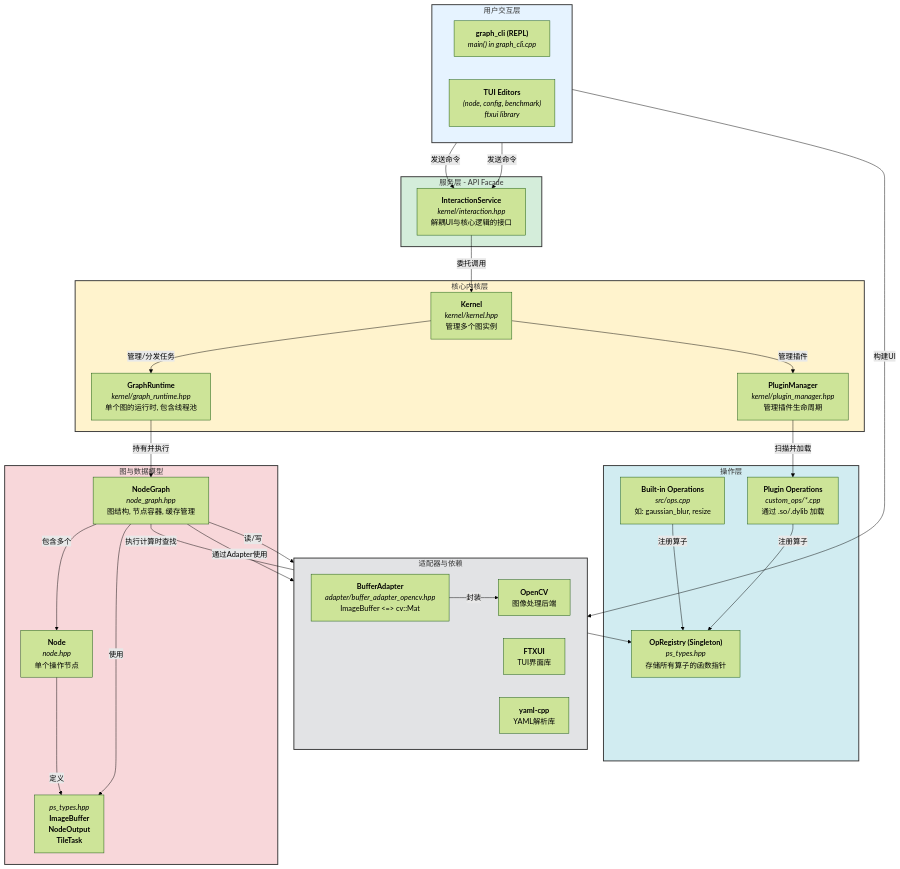
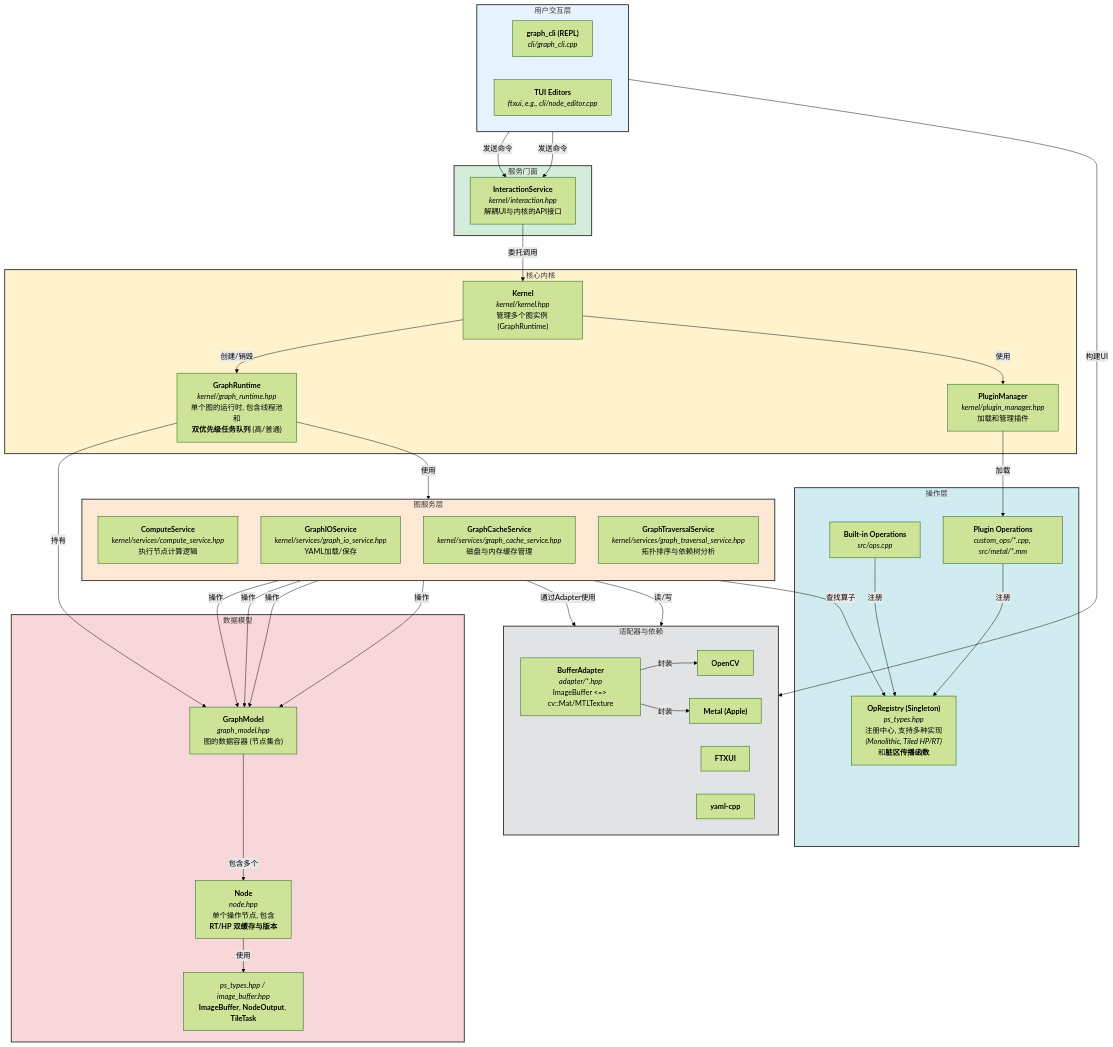
Before and after one commit to kevin-zf1123/photospider: the diagram in util/99-filed/architecture.md, drawn with Mermaid (forest theme).

Commit message:
chore: architecture update

````diff
--- a/util/99-filed/architecture.md
+++ b/util/99-filed/architecture.md
@@ -2,38 +2,47 @@
 graph TD
     subgraph UserInterface [用户交互层]
         direction LR
-        CLI["<b>graph_cli (REPL)</b><br><i>main() in graph_cli.cpp</i>"]
-        TUI["<b>TUI Editors</b><br><i>(node, config, benchmark)<br>ftxui library</i>"]
+        CLI["<b>graph_cli (REPL)</b><br><i>cli/graph_cli.cpp</i>"]
+        TUI["<b>TUI Editors</b><br><i>ftxui, e.g., cli/node_editor.cpp</i>"]
     end
 
-    subgraph ServiceLayer [服务层 - API Facade]
-        InteractionService["<b>InteractionService</b><br><i>kernel/interaction.hpp</i><br>解耦UI与核心逻辑的接口"]
+    subgraph ServiceFacade [服务门面]
+        InteractionService["<b>InteractionService</b><br><i>kernel/interaction.hpp</i><br>解耦UI与内核的API接口"]
     end
 
-    subgraph CoreKernel [核心内核层]
-        Kernel["<b>Kernel</b><br><i>kernel/kernel.hpp</i><br>管理多个图实例"]
-        GraphRuntime["<b>GraphRuntime</b><br><i>kernel/graph_runtime.hpp</i><br>单个图的运行时, 包含线程池"]
-        PluginManager["<b>PluginManager</b><br><i>kernel/plugin_manager.hpp</i><br>管理插件生命周期"]
+    subgraph CoreKernel [核心内核]
+        Kernel["<b>Kernel</b><br><i>kernel/kernel.hpp</i><br>管理多个图实例 (GraphRuntime)"]
+        PluginManager["<b>PluginManager</b><br><i>kernel/plugin_manager.hpp</i><br>加载和管理插件"]
+        GraphRuntime["<b>GraphRuntime</b><br><i>kernel/graph_runtime.hpp</i><br>单个图的运行时, 包含线程池和<br><b>双优先级任务队列</b> (高/普通)"]
     end
 
-    subgraph GraphDataModel [图与数据模型]
-        NodeGraph["<b>NodeGraph</b><br><i>node_graph.hpp</i><br>图结构, 节点容器, 缓存管理"]
-        Node["<b>Node</b><br><i>node.hpp</i><br>单个操作节点"]
-        DataStructs["<i>ps_types.hpp</i><br><b>ImageBuffer</b><br><b>NodeOutput</b><br><b>TileTask</b>"]
+    subgraph GraphServices [图服务层]
+        direction TB
+        ComputeService["<b>ComputeService</b><br><i>kernel/services/compute_service.hpp</i><br>执行节点计算逻辑"]
+        GraphIOService["<b>GraphIOService</b><br><i>kernel/services/graph_io_service.hpp</i><br>YAML加载/保存"]
+        GraphCacheService["<b>GraphCacheService</b><br><i>kernel/services/graph_cache_service.hpp</i><br>磁盘与内存缓存管理"]
+        GraphTraversalService["<b>GraphTraversalService</b><br><i>kernel/services/graph_traversal_service.hpp</i><br>拓扑排序与依赖树分析"]
+    end
+
+    subgraph DataModel [数据模型]
+        GraphModel["<b>GraphModel</b><br><i>graph_model.hpp</i><br>图的数据容器 (节点集合)"]
+        Node["<b>Node</b><br><i>node.hpp</i><br>单个操作节点, 包含<br><b>RT/HP 双缓存与版本</b>"]
+        DataStructs["<i>ps_types.hpp / image_buffer.hpp</i><br><b>ImageBuffer</b>, <b>NodeOutput</b>, <b>TileTask</b>"]
     end
     
     subgraph Operations [操作层]
-        OpRegistry["<b>OpRegistry (Singleton)</b><br><i>ps_types.hpp</i><br>存储所有算子的函数指针"]
-        BuiltinOps["<b>Built-in Operations</b><br><i>src/ops.cpp</i><br>如: gaussian_blur, resize"]
-        PluginOps["<b>Plugin Operations</b><br><i>custom_ops/*.cpp</i><br>通过 .so/.dylib 加载"]
+        OpRegistry["<b>OpRegistry (Singleton)</b><br><i>ps_types.hpp</i><br>注册中心, 支持多种实现<br><i>(Monolithic, Tiled HP/RT)</i><br>和<b>脏区传播函数</b>"]
+        BuiltinOps["<b>Built-in Operations</b><br><i>src/ops.cpp</i>"]
+        PluginOps["<b>Plugin Operations</b><br><i>custom_ops/*.cpp, src/metal/*.mm</i>"]
     end
 
     subgraph AdaptersAndDependencies [适配器与依赖]
         direction LR
-        OpenCV["<b>OpenCV</b><br>图像处理后端"]
-        FTXUI["<b>FTXUI</b><br>TUI界面库"]
-        YAMLCPP["<b>yaml-cpp</b><br>YAML解析库"]
-        BufferAdapter["<b>BufferAdapter</b><br><i>adapter/buffer_adapter_opencv.hpp</i><br>ImageBuffer <=> cv::Mat"]
+        OpenCV["<b>OpenCV</b>"]
+        Metal["<b>Metal (Apple)</b>"]
+        FTXUI["<b>FTXUI</b>"]
+        YAMLCPP["<b>yaml-cpp</b>"]
+        BufferAdapter["<b>BufferAdapter</b><br><i>adapter/*.hpp</i><br>ImageBuffer <=> cv::Mat/MTLTexture"]
     end
 
     %% 连接关系
@@ -42,34 +51,40 @@
     
     InteractionService -- "委托调用" --> Kernel
     
-    Kernel -- "管理/分发任务" --> GraphRuntime
-    Kernel -- "管理插件" --> PluginManager
+    Kernel -- "创建/销毁" --> GraphRuntime
+    Kernel -- "使用" --> PluginManager
 
-    PluginManager -- "扫描并加载" --> PluginOps
+    PluginManager -- "加载" --> PluginOps
     
-    GraphRuntime -- "持有并执行" --> NodeGraph
+    GraphRuntime -- "使用" --> ComputeService
+    GraphRuntime -- "持有" --> GraphModel
     
-    NodeGraph -- "包含多个" --> Node
-    NodeGraph -- "使用" --> DataStructs
+    ComputeService -- "操作" --> GraphModel
+    GraphIOService -- "操作" --> GraphModel
+    GraphCacheService -- "操作" --> GraphModel
+    GraphTraversalService -- "操作" --> GraphModel
+
+    ComputeService -- "查找算子" --> OpRegistry
     
-    NodeGraph -- "执行计算时查找" --> OpRegistry
+    GraphModel -- "包含多个" --> Node
+    Node -- "使用" --> DataStructs
     
-    BuiltinOps -- "注册算子" --> OpRegistry
-    PluginOps -- "注册算子" --> OpRegistry
+    BuiltinOps -- "注册" --> OpRegistry
+    PluginOps -- "注册" --> OpRegistry
+        
+    ComputeService -- "通过Adapter使用" --> BufferAdapter
+    BufferAdapter -- "封装" --> OpenCV
+    BufferAdapter -- "封装" --> Metal
     
-    Node -- "定义" --> DataStructs
-    
-    NodeGraph -- "通过Adapter使用" --> BufferAdapter
-    BufferAdapter -- "封装" --> OpenCV
-    
-    NodeGraph -- "读/写" --> YAMLCPP
+    GraphIOService -- "读/写" --> YAMLCPP
     TUI -- "构建UI" --> FTXUI
 
     %% 样式
     style UserInterface fill:#e6f3ff,stroke:#333,stroke-width:2px
-    style ServiceLayer fill:#d4edda,stroke:#333,stroke-width:2px
+    style ServiceFacade fill:#d4edda,stroke:#333,stroke-width:2px
     style CoreKernel fill:#fff3cd,stroke:#333,stroke-width:2px
-    style GraphDataModel fill:#f8d7da,stroke:#333,stroke-width:2px
+    style GraphServices fill:#fce8d5,stroke:#333,stroke-width:2px
+    style DataModel fill:#f8d7da,stroke:#333,stroke-width:2px
     style Operations fill:#d1ecf1,stroke:#333,stroke-width:2px
     style AdaptersAndDependencies fill:#e2e3e5,stroke:#333,stroke-width:2px
 ```
````
